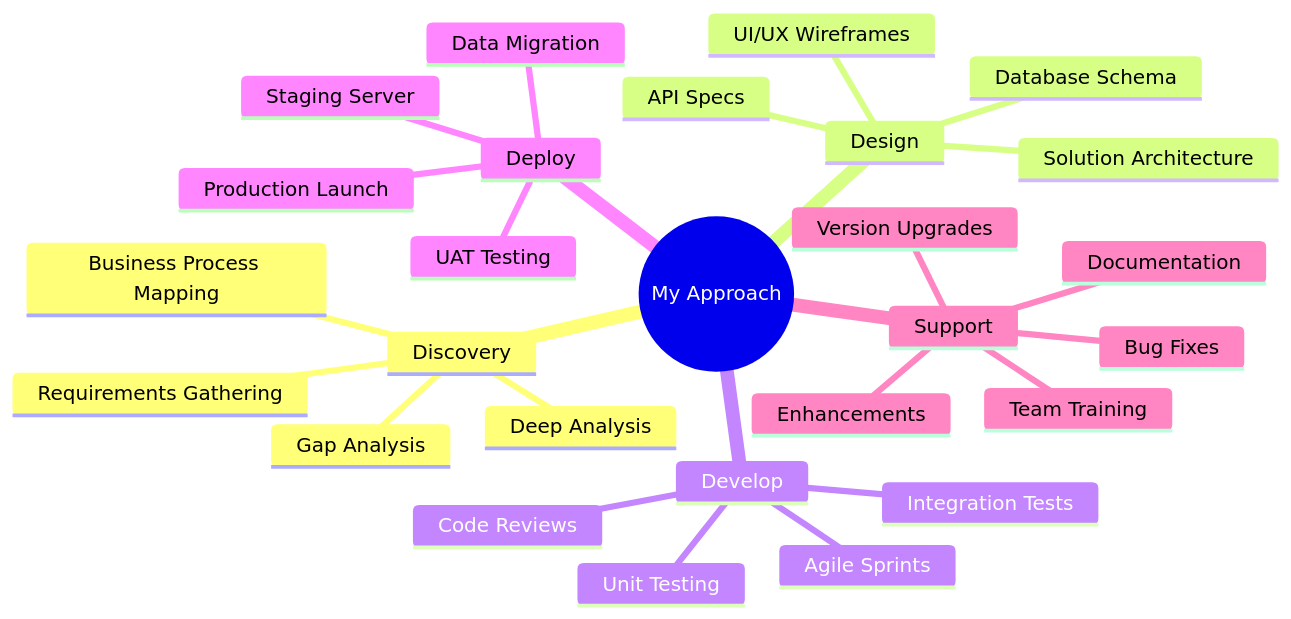
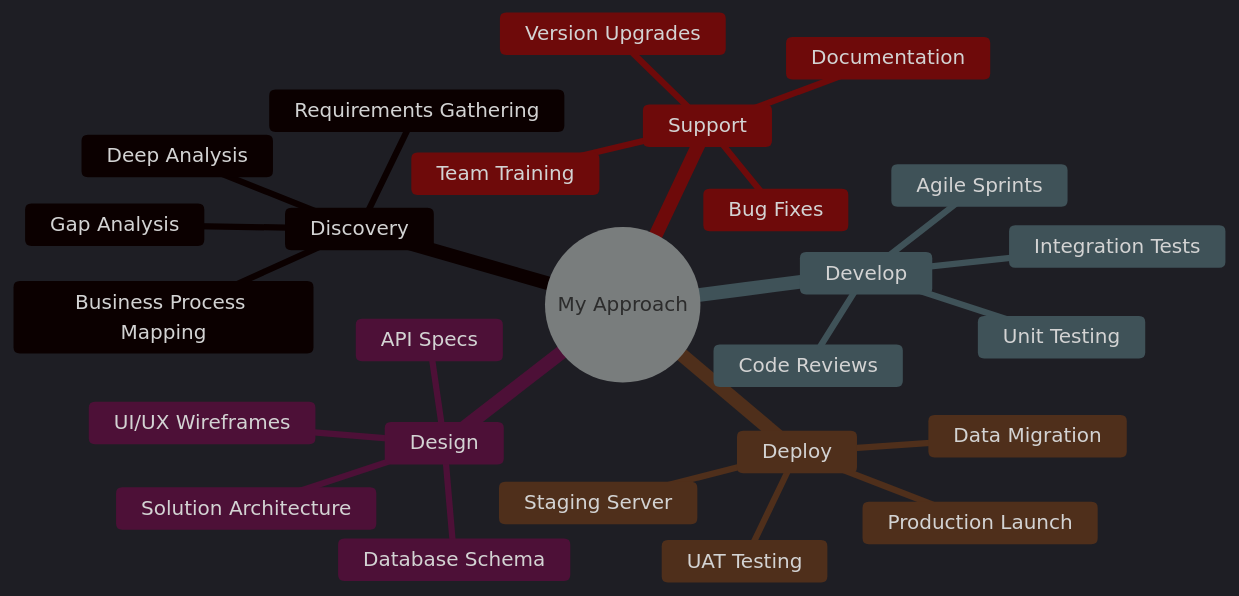
The first of 2 diagrams in README.md (Elmasry-631/Elmasry-631), drawn with Mermaid before and after one commit. The commit also changed other lines of this file, not shown here.

````diff
--- a/README.md
+++ b/README.md
@@ -600,30 +490,30 @@
 ```mermaid
+%%{init: {'theme':'dark', 'themeVariables': {'primaryColor':'#1a1f40','primaryTextColor':'#fff','primaryBorderColor':'#58A6FF','lineColor':'#8957e5','fontFamily':'Georgia'}}}%%
 mindmap
   root((My Approach))
     Discovery
       Deep Analysis
       Requirements Gathering
       Business Process Mapping
       Gap Analysis
     Design
       Solution Architecture
       Database Schema
       UI/UX Wireframes
       API Specs
     Develop
       Agile Sprints
       Code Reviews
       Unit Testing
       Integration Tests
     Deploy
       Staging Server
       UAT Testing
       Data Migration
       Production Launch
     Support
       Team Training
       Documentation
       Bug Fixes
-      Enhancements
       Version Upgrades
 ```
````
